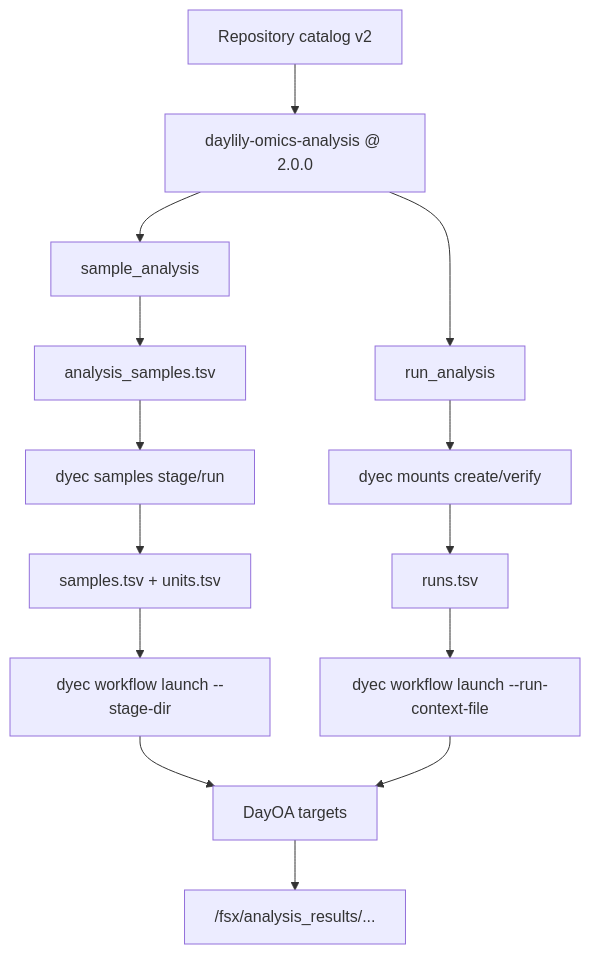
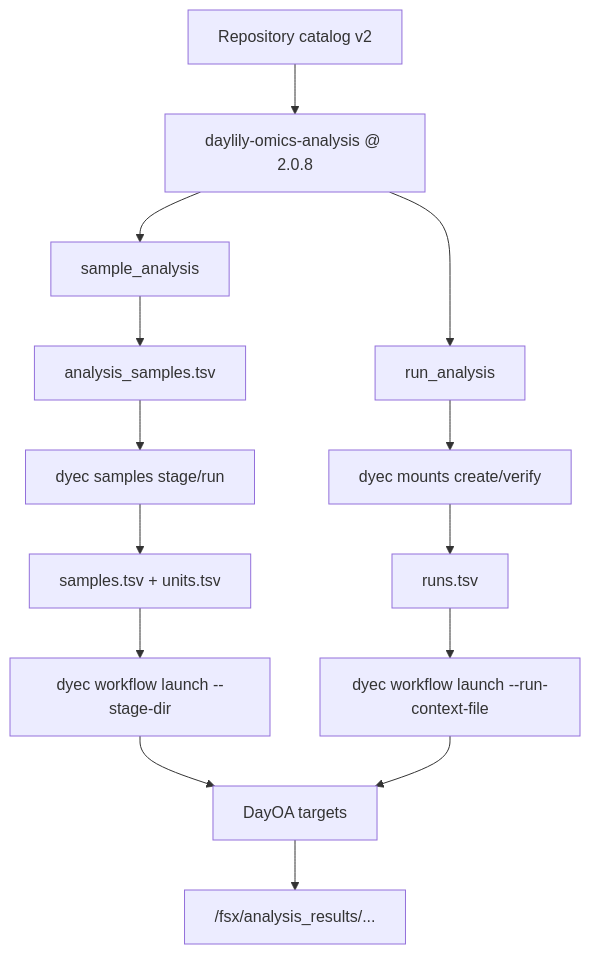
One commit to Daylily-Informatics/daylily-ephemeral-cluster changed the third of 3 diagrams in docs/dra_fsx_strategy.md. Above: the diagram before and after it, drawn with Mermaid. The commit also changed other lines of this file and 150 other files, not shown here.

````diff
--- a/docs/dra_fsx_strategy.md
+++ b/docs/dra_fsx_strategy.md
@@ -95,19 +95,19 @@
 ```mermaid
 flowchart TB
-  Catalog["Repository catalog v2"] --> Repo["daylily-omics-analysis @ 2.0.0"]
+  Catalog["Repository catalog v2"] --> Repo["daylily-omics-analysis @ 2.0.8"]
   Repo --> Sample["sample_analysis"]
   Repo --> Run["run_analysis"]
 
   Sample --> Manifest["analysis_samples.tsv"]
   Manifest --> Stage["dyec samples stage/run"]
   Stage --> TSV["samples.tsv + units.tsv"]
   TSV --> LaunchA["dyec workflow launch --stage-dir"]
 
   Run --> Mount["dyec mounts create/verify"]
   Mount --> Runs["runs.tsv"]
   Runs --> LaunchB["dyec workflow launch --run-context-file"]
 
   LaunchA --> DayOA["DayOA targets"]
   LaunchB --> DayOA
   DayOA --> Results["/fsx/analysis_results/..."]
 ```
````
